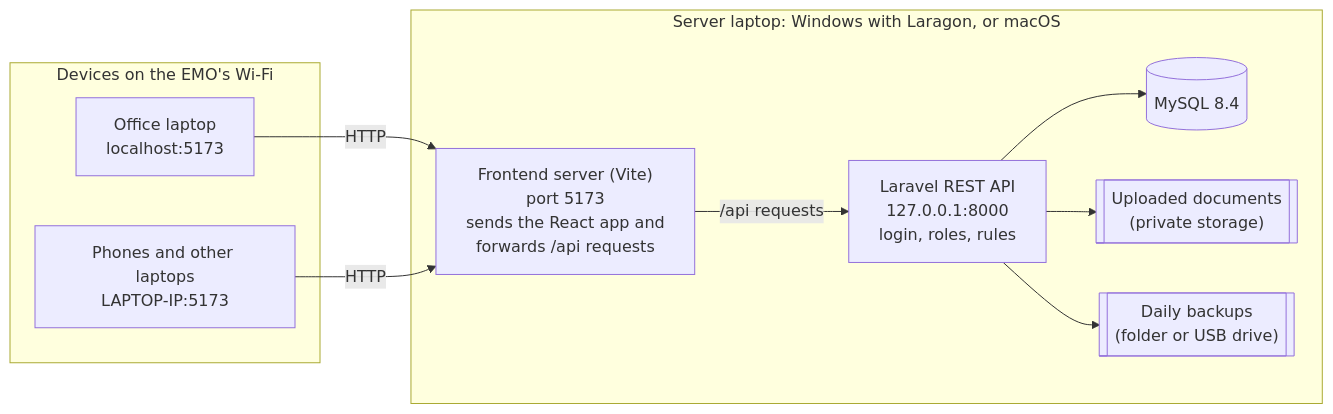
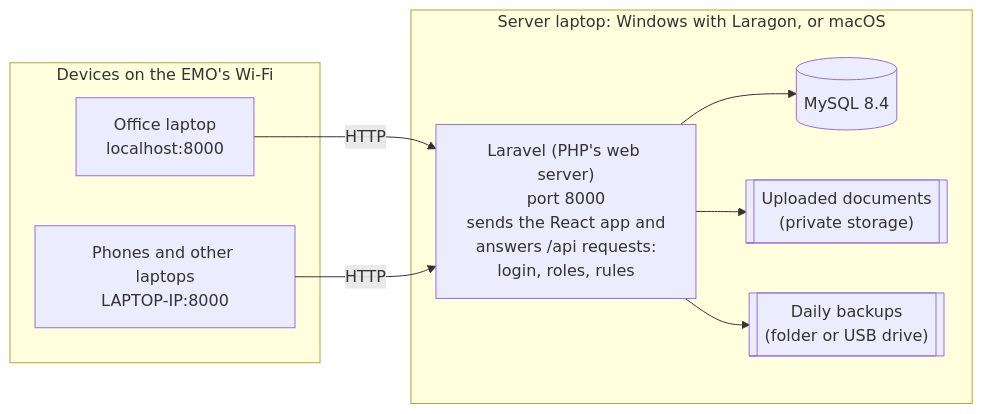
One commit to XyroneKyleYlanan/EMO-Tracker changed the first of 6 diagrams in docs/paper/CAPSTONE_PAPER_REFERENCE.md. Above: the diagram before and after it, drawn with Mermaid. The commit also changed other lines of this file and 7 other files, not shown here.

Commit message:
Show port 8000 in the network topology figure and update the paper notes

````diff
--- a/docs/paper/CAPSTONE_PAPER_REFERENCE.md
+++ b/docs/paper/CAPSTONE_PAPER_REFERENCE.md
@@ -328,20 +328,18 @@
 ```mermaid
 flowchart LR
     subgraph Devices["Devices on the EMO's Wi-Fi"]
-        Office["Office laptop<br/>localhost:5173"]
-        Others["Phones and other laptops<br/>LAPTOP-IP:5173"]
+        Office["Office laptop<br/>localhost:8000"]
+        Others["Phones and other laptops<br/>LAPTOP-IP:8000"]
     end
     subgraph Server["Server laptop: Windows with Laragon, or macOS"]
-        Vite["Frontend server (Vite)<br/>port 5173<br/>sends the React app and<br/>forwards /api requests"]
-        API["Laravel REST API<br/>127.0.0.1:8000<br/>login, roles, rules"]
+        API["Laravel (PHP's web server)<br/>port 8000<br/>sends the React app and<br/>answers /api requests:<br/>login, roles, rules"]
         DB[("MySQL 8.4")]
         Files[["Uploaded documents<br/>(private storage)"]]
         Backups[["Daily backups<br/>(folder or USB drive)"]]
     end
-    Office -- "HTTP" --> Vite
-    Others -- "HTTP" --> Vite
-    Vite -- "/api requests" --> API
+    Office -- "HTTP" --> API
+    Others -- "HTTP" --> API
     API --> DB
     API --> Files
     API --> Backups
 ```
````
